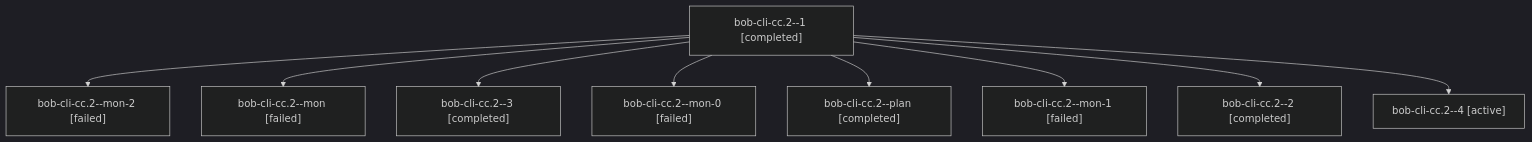
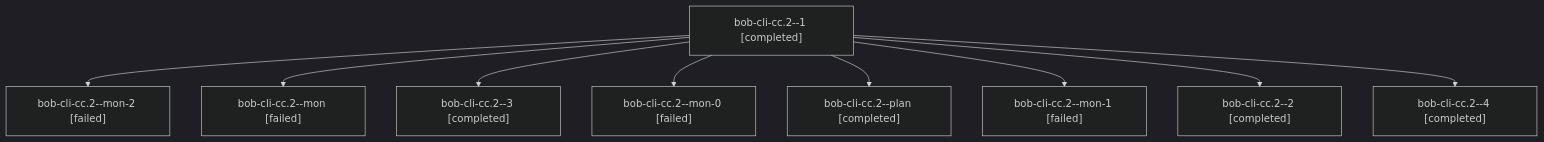
One commit to bobs-org/bob-cli--agents changed the diagram in sessions/bbugyi200.athena.bob-cli-cc.2.md. Above: the diagram before and after it, drawn with Mermaid (dark theme). The commit also changed other lines of this file and 327 other files, not shown here.

````diff
--- a/sessions/bbugyi200.athena.bob-cli-cc.2.md
+++ b/sessions/bbugyi200.athena.bob-cli-cc.2.md
@@ -9,20 +9,20 @@
 ```mermaid
 flowchart TD
   n0["bob-cli-cc.2--1 [completed]"]
   n1["bob-cli-cc.2--mon-2 [failed]"]
   n0 --> n1
   n2["bob-cli-cc.2--mon [failed]"]
   n0 --> n2
   n3["bob-cli-cc.2--3 [completed]"]
   n0 --> n3
   n4["bob-cli-cc.2--mon-0 [failed]"]
   n0 --> n4
   n5["bob-cli-cc.2--plan [completed]"]
   n0 --> n5
   n6["bob-cli-cc.2--mon-1 [failed]"]
   n0 --> n6
   n7["bob-cli-cc.2--2 [completed]"]
   n0 --> n7
-  n8["bob-cli-cc.2--4 [active]"]
+  n8["bob-cli-cc.2--4 [completed]"]
   n0 --> n8
 ```
````
